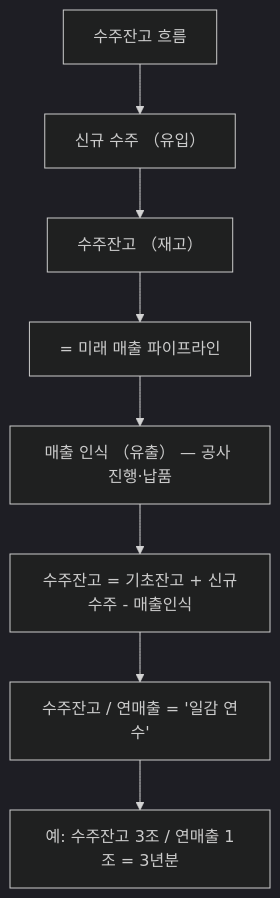
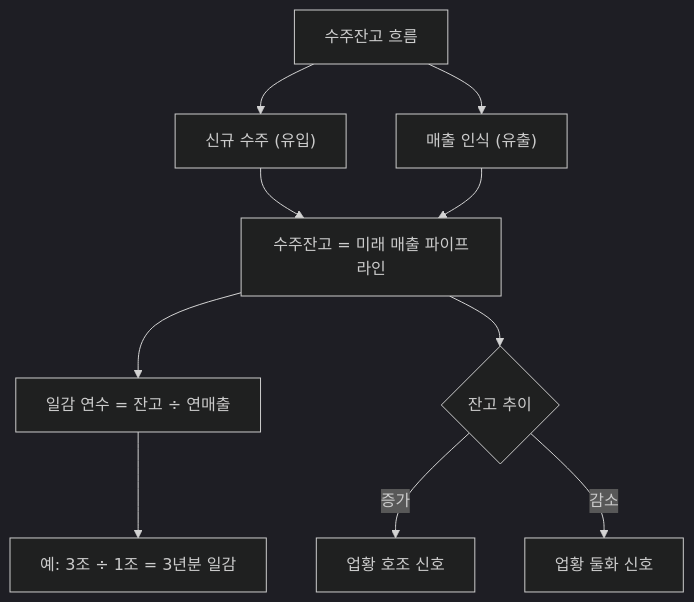
Before and after one commit to yeongseon/stock-visual-note: the diagram in content/stock-terms/ko/level-09-strategy-risk/order-backlog.md, drawn with Mermaid (dark theme). The commit also changed other lines of this file and 96 other files, not shown here.

Commit message:
Rewrite all 98 remaining articles: branching Mermaid diagrams, natural search_intent, compelling seo_titles, clean descriptions

````diff
--- a/content/stock-terms/ko/level-09-strategy-risk/order-backlog.md
+++ b/content/stock-terms/ko/level-09-strategy-risk/order-backlog.md
@@ -42,18 +42,13 @@
 ```mermaid
 graph TD
-    A0["수주잔고 흐름"]
-    A1["신규 수주 （유입）"]
-    A2["수주잔고 （재고）"]
-    A3["= 미래 매출 파이프라인"]
-    A4["매출 인식 （유출） — 공사 진행·납품"]
-    A5["수주잔고 = 기초잔고 + 신규수주 - 매출인식"]
-    A6["수주잔고 / 연매출 = '일감 연수'"]
-    A7["예: 수주잔고 3조 / 연매출 1조 = 3년분"]
-    A0 --> A1
-    A1 --> A2
-    A2 --> A3
-    A3 --> A4
-    A4 --> A5
-    A5 --> A6
-    A6 --> A7
+    A["수주잔고 흐름"]
+    A --> B["신규 수주 (유입)"]
+    A --> C["매출 인식 (유출)"]
+    B --> D["수주잔고 = 미래 매출 파이프라인"]
+    C --> D
+    D --> E["일감 연수 = 잔고 ÷ 연매출"]
+    E --> F["예: 3조 ÷ 1조 = 3년분 일감"]
+    D --> G{"잔고 추이"}
+    G -->|"증가"| H["업황 호조 신호"]
+    G -->|"감소"| I["업황 둘화 신호"]
 ```
````
